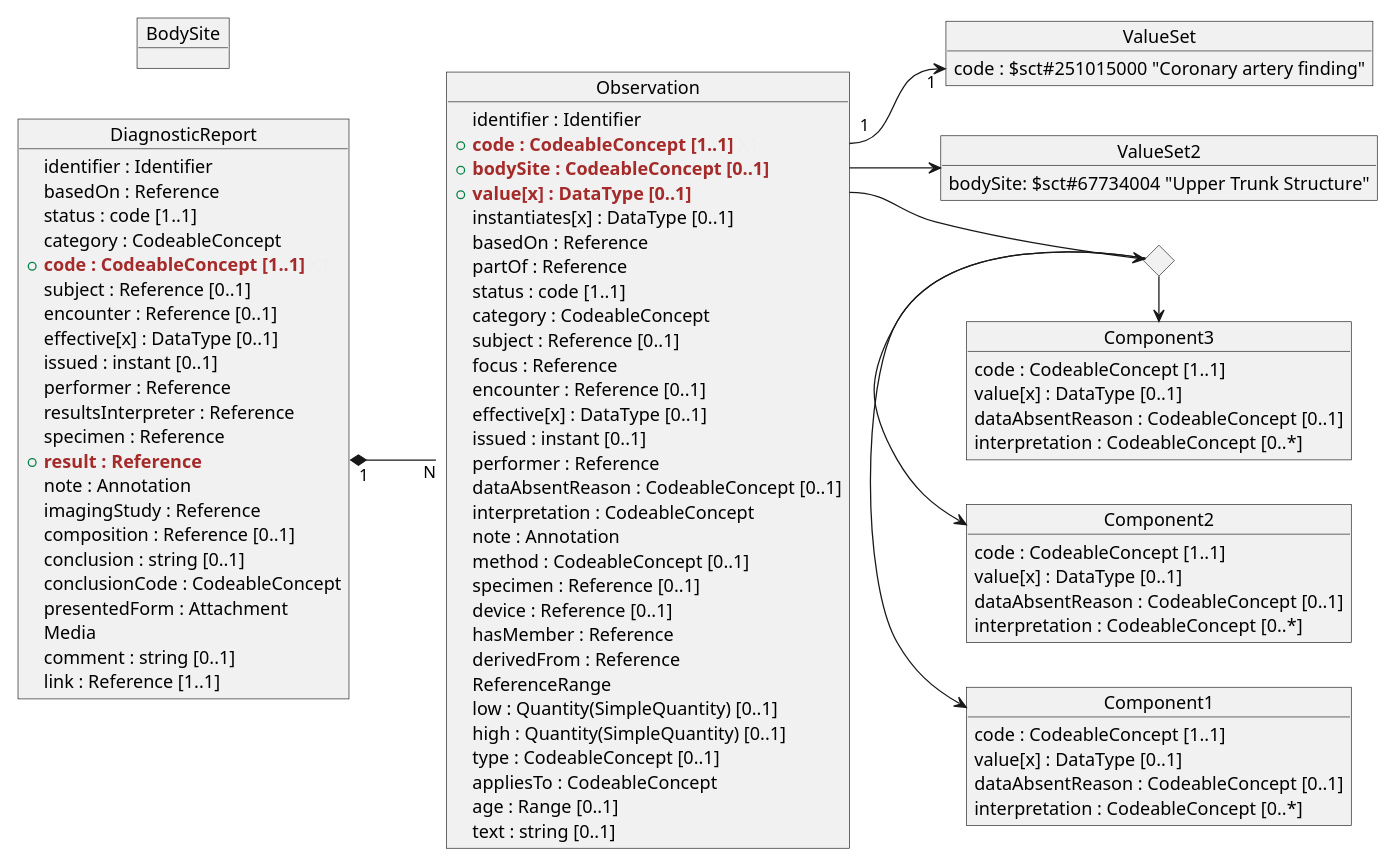
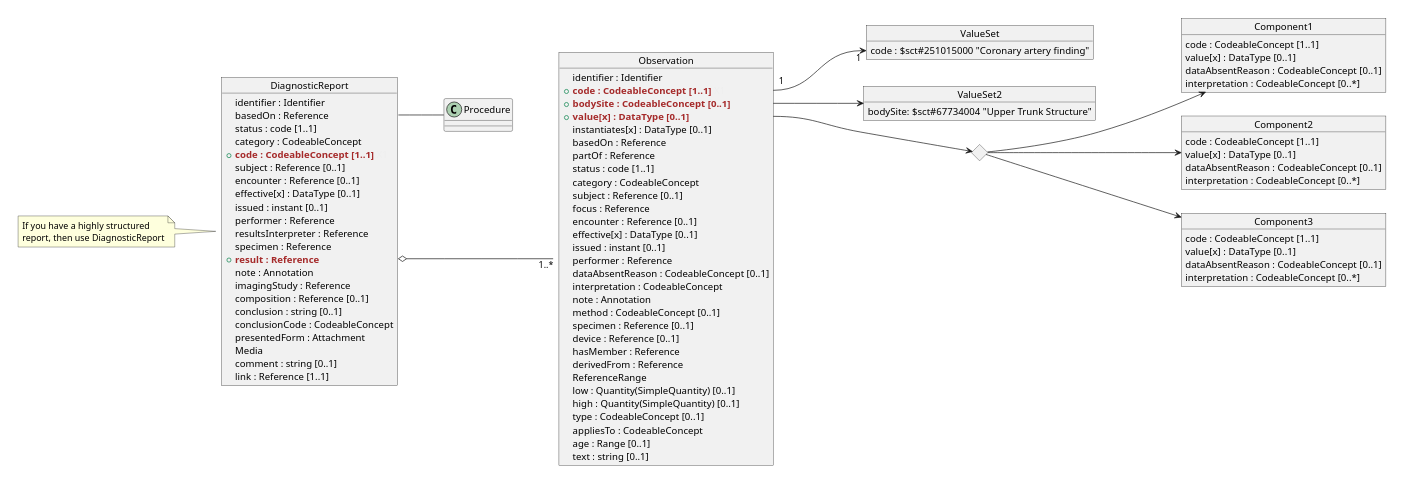
Before and after one commit to xmiao/AI.interoperability: the diagram in images-source/doc.puml, drawn with PlantUML. The commit also changed 1 other file, not shown here.

```diff
--- a/images-source/doc.puml
+++ b/images-source/doc.puml
@@ -1,108 +1,123 @@
 @startuml PERT
 'https://plantuml.com/object-diagram
 
 scale 800 width
+hide @unlinked
+
+
 left to right direction
 
 object DiagnosticReport {
     identifier : Identifier
     basedOn : Reference
     status : code [1..1]
     category : CodeableConcept
   + <b><color brown>code : CodeableConcept [1..1]</color></b> <color #eee>X1</color>
     subject : Reference [0..1]
     encounter : Reference [0..1]
     effective[x] : DataType [0..1]
     issued : instant [0..1]
     performer : Reference
     resultsInterpreter : Reference
     specimen : Reference
   + <b><color brown>result : Reference</color></b>
     note : Annotation
     imagingStudy : Reference
     composition : Reference [0..1]
     conclusion : string [0..1]
     conclusionCode : CodeableConcept
     presentedForm : Attachment
     Media
     comment : string [0..1]
     link : Reference [1..1]
 }
+note left
+    If you have a highly structured
+    report, then use DiagnosticReport
+end note
+
+DiagnosticReport::basedOn -- Procedure
+
+object ImagingStudy{
+
+}
+
 
 object Observation{
     identifier : Identifier
   +  <b><color brown>code : CodeableConcept [1..1]</color></b> <color #eee>X1</color>
   +  <b><color brown>bodySite : CodeableConcept [0..1]</color></b>
   +  <b><color brown>value[x] : DataType [0..1]</color></b>
     instantiates[x] : DataType [0..1]
     basedOn : Reference
     partOf : Reference
     status : code [1..1]
     category : CodeableConcept
     subject : Reference [0..1]
     focus : Reference
     encounter : Reference [0..1]
     effective[x] : DataType [0..1]
     issued : instant [0..1]
     performer : Reference
     dataAbsentReason : CodeableConcept [0..1]
     interpretation : CodeableConcept
     note : Annotation
     method : CodeableConcept [0..1]
     specimen : Reference [0..1]
     device : Reference [0..1]
     hasMember : Reference
     derivedFrom : Reference
     ReferenceRange
     low : Quantity(SimpleQuantity) [0..1]
     high : Quantity(SimpleQuantity) [0..1]
     type : CodeableConcept [0..1]
     appliesTo : CodeableConcept
     age : Range [0..1]
     text : string [0..1]
 }
+
 
 object BodySite {
 
 }
 
 object Component1 {
     code : CodeableConcept [1..1]
     value[x] : DataType [0..1]
     dataAbsentReason : CodeableConcept [0..1]
     interpretation : CodeableConcept [0..*]
 }
 
 object Component2 {
     code : CodeableConcept [1..1]
     value[x] : DataType [0..1]
     dataAbsentReason : CodeableConcept [0..1]
     interpretation : CodeableConcept [0..*]
 }
 
 object Component3 {
     code : CodeableConcept [1..1]
     value[x] : DataType [0..1]
     dataAbsentReason : CodeableConcept [0..1]
     interpretation : CodeableConcept [0..*]
 }
 
 object ValueSet {
     code : $sct#251015000 "Coronary artery finding"
 }
 
 <> d1
 
 object ValueSet2{
     bodySite: $sct#67734004 "Upper Trunk Structure"
 }
 
-DiagnosticReport::result "1" *-- "N" Observation
-Observation::X1 "1" --> "1" ValueSet::code
-Observation::bodySite --> ValueSet2
-Observation::value --> d1
-d1 -> Component1
-d1 -> Component2
-d1 -> Component3
+DiagnosticReport::result o--- "1..*" Observation
+Observation::X1 "1" ---> "1" ValueSet::code
+Observation::bodySite ---> ValueSet2
+Observation::value ---> d1
+d1 ---> Component1
+d1 ---> Component2
+d1 ---> Component3
 
 @enduml
```
